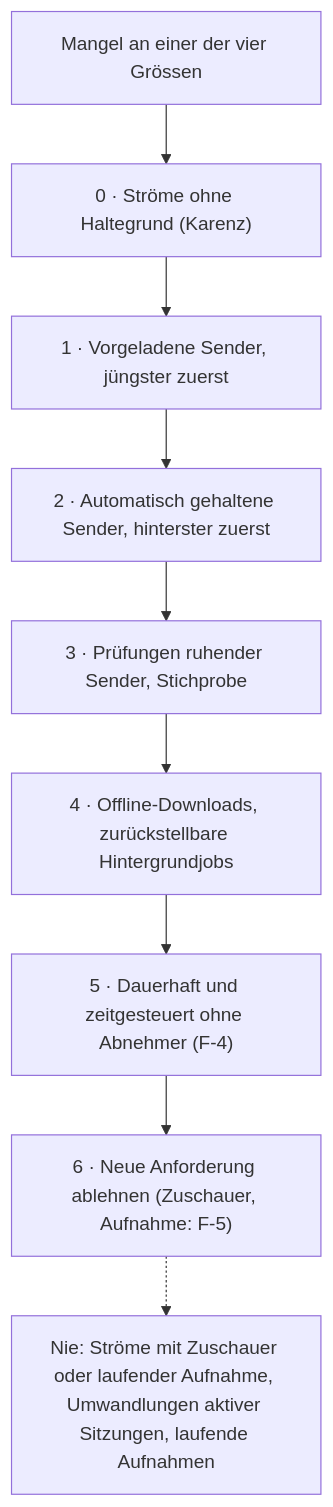
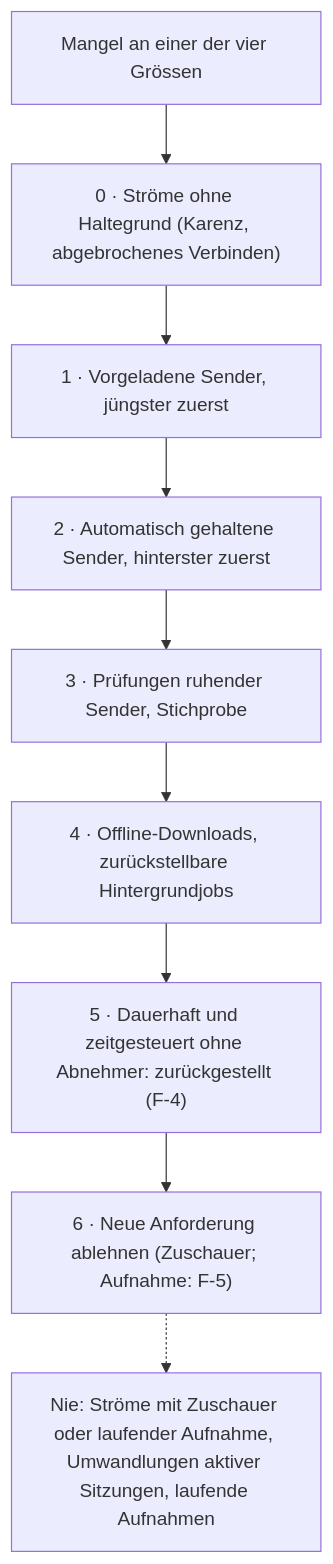
Before and after one commit to SlouchCat/slouchcat: the diagram in docs/planning/28-live-tv/13-ressourcen-und-performance.md, drawn with Mermaid. The commit also changed other lines of this file, not shown here.

````diff
--- a/docs/planning/28-live-tv/13-ressourcen-und-performance.md
+++ b/docs/planning/28-live-tv/13-ressourcen-und-performance.md
@@ -590,11 +638,11 @@
 ```mermaid
 flowchart TB
-  N["Mangel an einer der vier Grössen"] --> S0["0 · Ströme ohne Haltegrund (Karenz)"]
+  N["Mangel an einer der vier Grössen"] --> S0["0 · Ströme ohne Haltegrund (Karenz, abgebrochenes Verbinden)"]
   S0 --> S1["1 · Vorgeladene Sender, jüngster zuerst"]
   S1 --> S2["2 · Automatisch gehaltene Sender, hinterster zuerst"]
   S2 --> S3["3 · Prüfungen ruhender Sender, Stichprobe"]
   S3 --> S4["4 · Offline-Downloads, zurückstellbare Hintergrundjobs"]
-  S4 --> S5["5 · Dauerhaft und zeitgesteuert ohne Abnehmer (F-4)"]
-  S5 --> S6["6 · Neue Anforderung ablehnen (Zuschauer, Aufnahme: F-5)"]
+  S4 --> S5["5 · Dauerhaft und zeitgesteuert ohne Abnehmer: zurückgestellt (F-4)"]
+  S5 --> S6["6 · Neue Anforderung ablehnen (Zuschauer; Aufnahme: F-5)"]
   S6 -.-> NIE["Nie: Ströme mit Zuschauer oder laufender Aufnahme, Umwandlungen aktiver Sitzungen, laufende Aufnahmen"]
 ```
````
